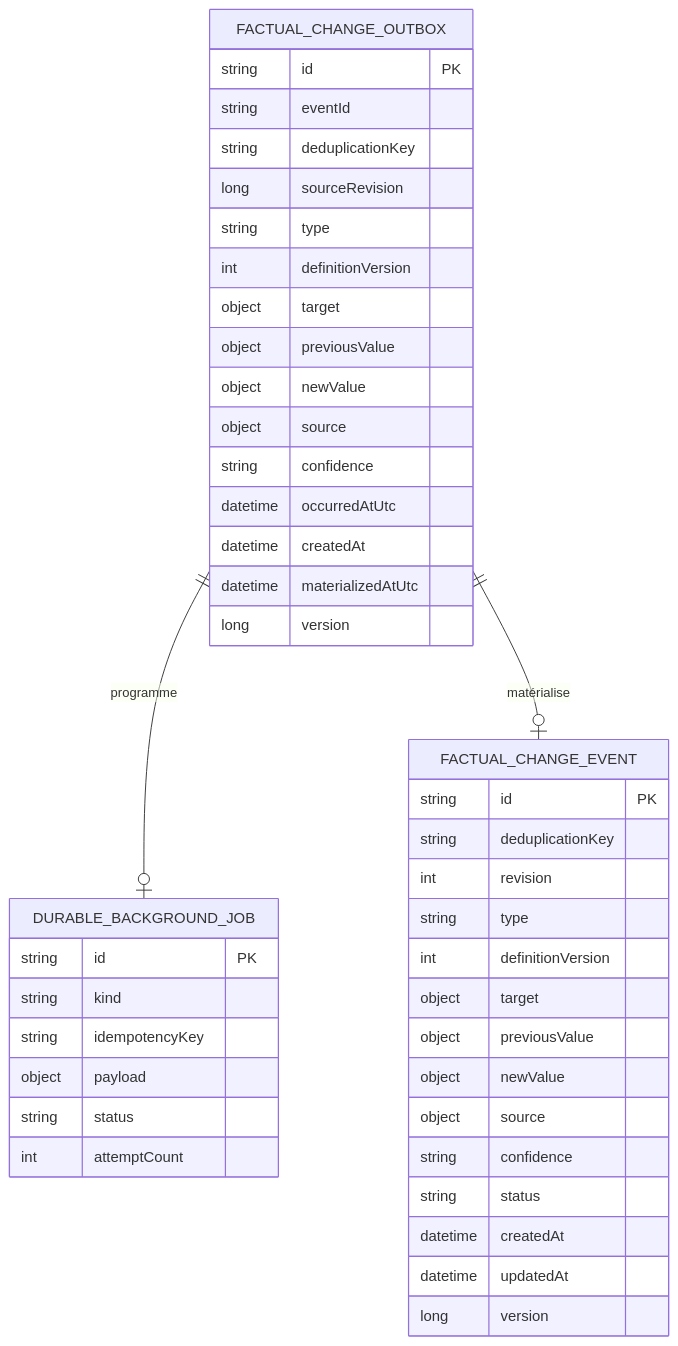
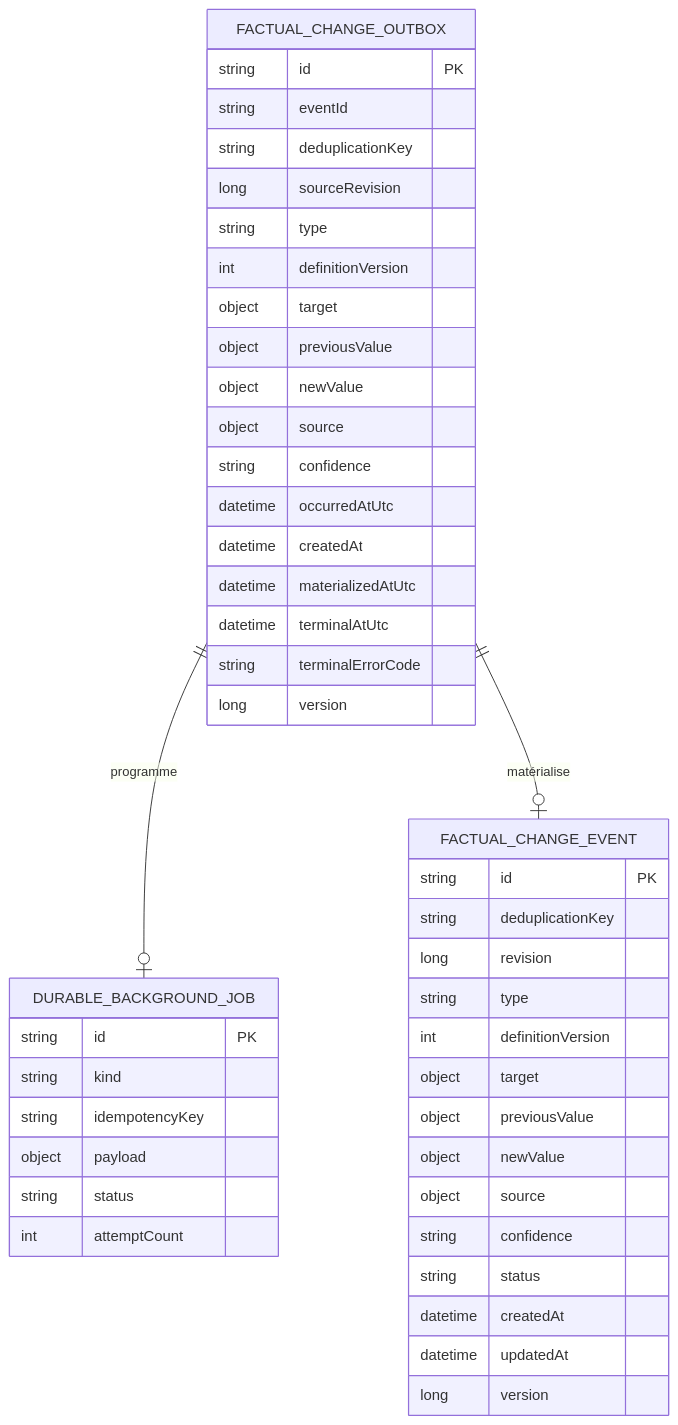
The second of 3 diagrams in docs/architecture/product-growth-watch-05-factual-outbox-2026-09-15.md (Ced59/AmusementParkProject), drawn with Mermaid before and after one commit. The commit also changed other lines of this file and 31 other files, not shown here.

````diff
--- a/docs/architecture/product-growth-watch-05-factual-outbox-2026-09-15.md
+++ b/docs/architecture/product-growth-watch-05-factual-outbox-2026-09-15.md
@@ -50,49 +59,51 @@
 ```mermaid
 erDiagram
     FACTUAL_CHANGE_OUTBOX {
         string id PK
         string eventId
         string deduplicationKey
         long sourceRevision
         string type
         int definitionVersion
         object target
         object previousValue
         object newValue
         object source
         string confidence
         datetime occurredAtUtc
         datetime createdAt
         datetime materializedAtUtc
+        datetime terminalAtUtc
+        string terminalErrorCode
         long version
     }
 
     FACTUAL_CHANGE_EVENT {
         string id PK
         string deduplicationKey
-        int revision
+        long revision
         string type
         int definitionVersion
         object target
         object previousValue
         object newValue
         object source
         string confidence
         string status
         datetime createdAt
         datetime updatedAt
         long version
     }
 
     DURABLE_BACKGROUND_JOB {
         string id PK
         string kind
         string idempotencyKey
         object payload
         string status
         int attemptCount
     }
 
     FACTUAL_CHANGE_OUTBOX ||--o| DURABLE_BACKGROUND_JOB : programme
     FACTUAL_CHANGE_OUTBOX ||--o| FACTUAL_CHANGE_EVENT : matérialise
 ```
````
